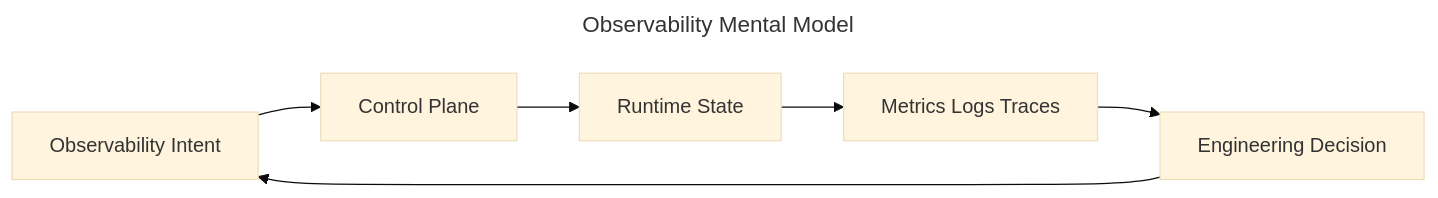
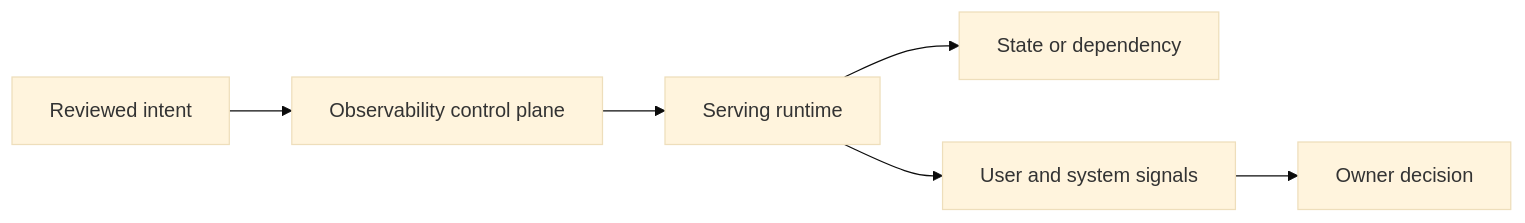
One commit to m1mohamad/devops-sre-prep changed the first of 2 diagrams in docs/chapters/observability.md. Above: the diagram before and after it, drawn with Mermaid (base theme). The commit also changed other lines of this file and 100 other files, not shown here.

````diff
--- a/docs/chapters/observability.md
+++ b/docs/chapters/observability.md
@@ -10,11 +15,8 @@
 ```mermaid
----
-title: Observability Mental Model
----
 flowchart LR
-  Intent[Observability Intent] --> Control[Control Plane]
-  Control --> Runtime[Runtime State]
-  Runtime --> Signals[Metrics Logs Traces]
-  Signals --> Decision[Engineering Decision]
-  Decision --> Intent
+  Intent[Reviewed intent] --> Control[Observability control plane]
+  Control --> Runtime[Serving runtime]
+  Runtime --> Dependency[State or dependency]
+  Runtime --> Signals[User and system signals]
+  Signals --> Owner[Owner decision]
 ```
````
